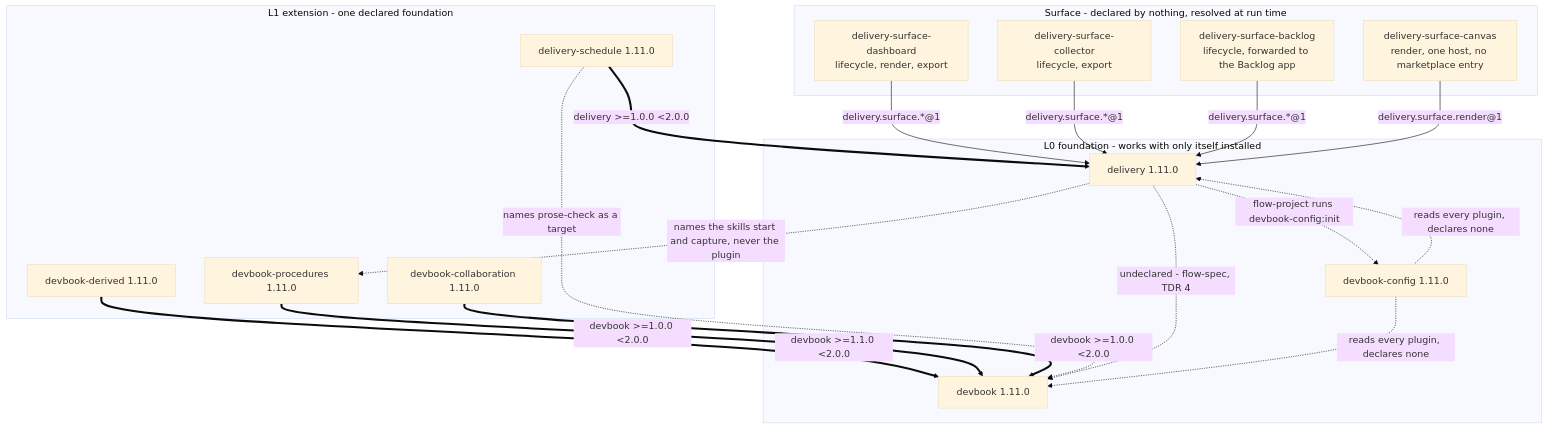
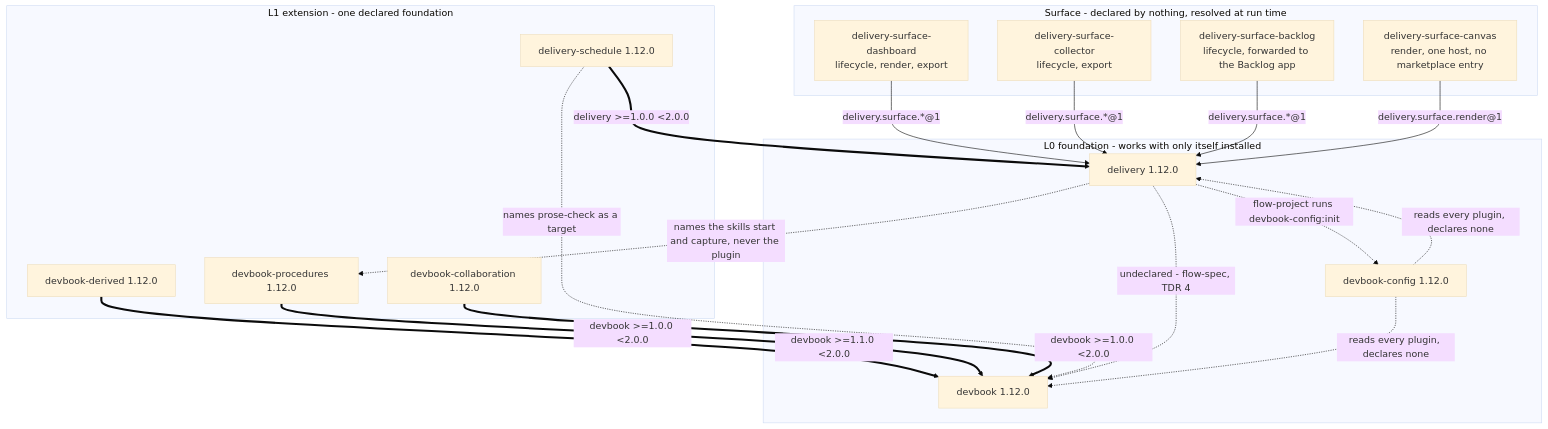
The first of 3 diagrams in .devbook/arc42/05-building-block-view.md (JSdotNet/ai-agent-stack), drawn with Mermaid (base theme) before and after one commit. The commit also changed 26 other files, not shown here.

````diff
--- a/.devbook/arc42/05-building-block-view.md
+++ b/.devbook/arc42/05-building-block-view.md
@@ -28,39 +28,39 @@
 ```mermaid
 flowchart TB
     subgraph L0["L0 foundation - works with only itself installed"]
-        DEV["devbook 1.11.0"]
-        DEL["delivery 1.11.0"]
-        CFG["devbook-config 1.11.0"]
+        DEV["devbook 1.12.0"]
+        DEL["delivery 1.12.0"]
+        CFG["devbook-config 1.12.0"]
     end
 
     subgraph L1["L1 extension - one declared foundation"]
-        DBD["devbook-derived 1.11.0"]
-        DPR["devbook-procedures 1.11.0"]
-        DBC["devbook-collaboration 1.11.0"]
-        SCH["delivery-schedule 1.11.0"]
+        DBD["devbook-derived 1.12.0"]
+        DPR["devbook-procedures 1.12.0"]
+        DBC["devbook-collaboration 1.12.0"]
+        SCH["delivery-schedule 1.12.0"]
     end
 
     subgraph SURF["Surface - declared by nothing, resolved at run time"]
         SD["delivery-surface-dashboard<br/>lifecycle, render, export"]
         SL["delivery-surface-collector<br/>lifecycle, export"]
         SB["delivery-surface-backlog<br/>lifecycle, forwarded to the Backlog app"]
         SC["delivery-surface-canvas<br/>render, one host, no marketplace entry"]
     end
 
     DBD ==>|"devbook >=1.1.0 &lt;2.0.0"| DEV
     DPR ==>|"devbook >=1.0.0 &lt;2.0.0"| DEV
     DBC ==>|"devbook >=1.0.0 &lt;2.0.0"| DEV
     SCH ==>|"delivery >=1.0.0 &lt;2.0.0"| DEL
 
     SD -->|"delivery.surface.*@1"| DEL
     SL -->|"delivery.surface.*@1"| DEL
     SB -->|"delivery.surface.*@1"| DEL
     SC -->|"delivery.surface.render@1"| DEL
 
     SCH -.->|"names prose-check as a target"| DEV
     DEL -.->|"undeclared - flow-spec, TDR 4"| DEV
     DEL -.->|"names the skills start and capture, never the plugin"| DPR
     CFG -.->|"reads every plugin, declares none"| DEV
     CFG -.->|"reads every plugin, declares none"| DEL
     DEL -.->|"flow-project runs devbook-config:init"| CFG
 ```
````
